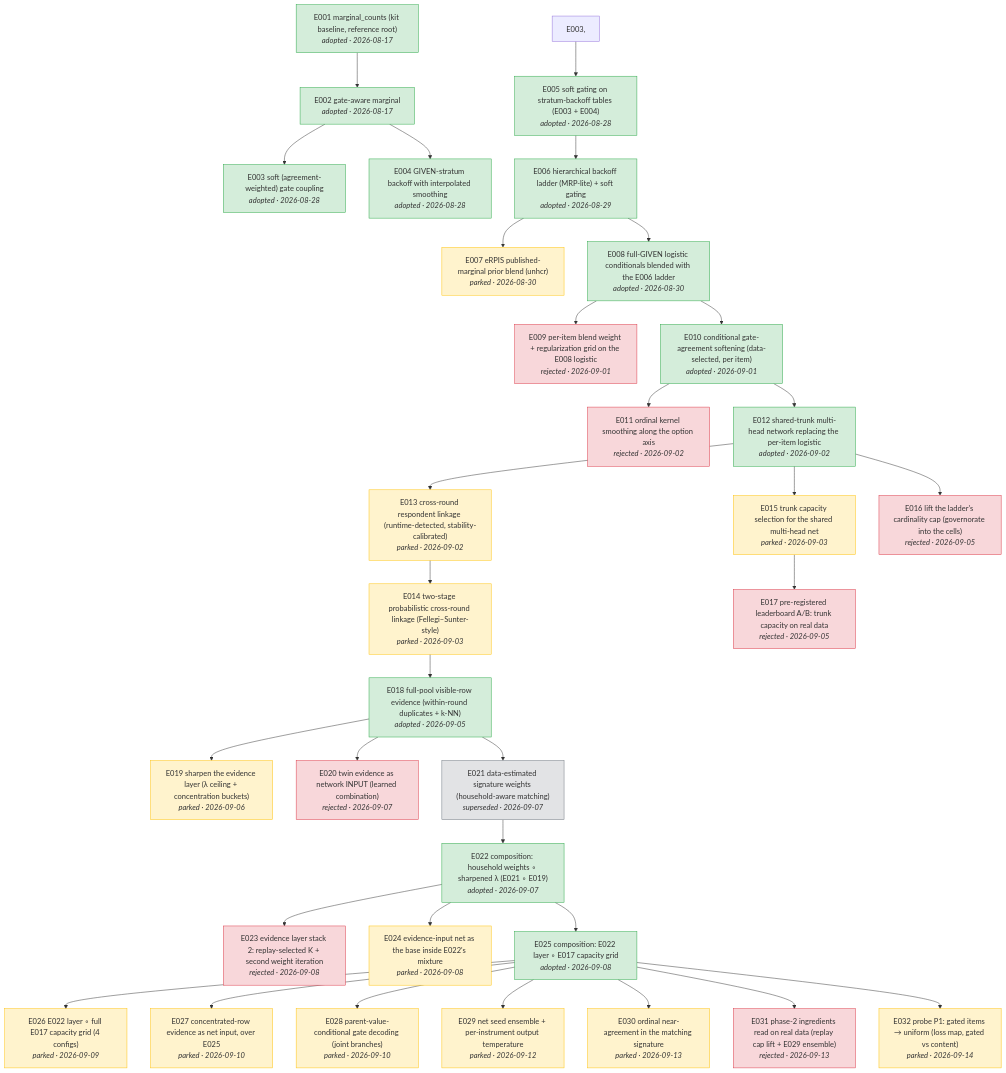
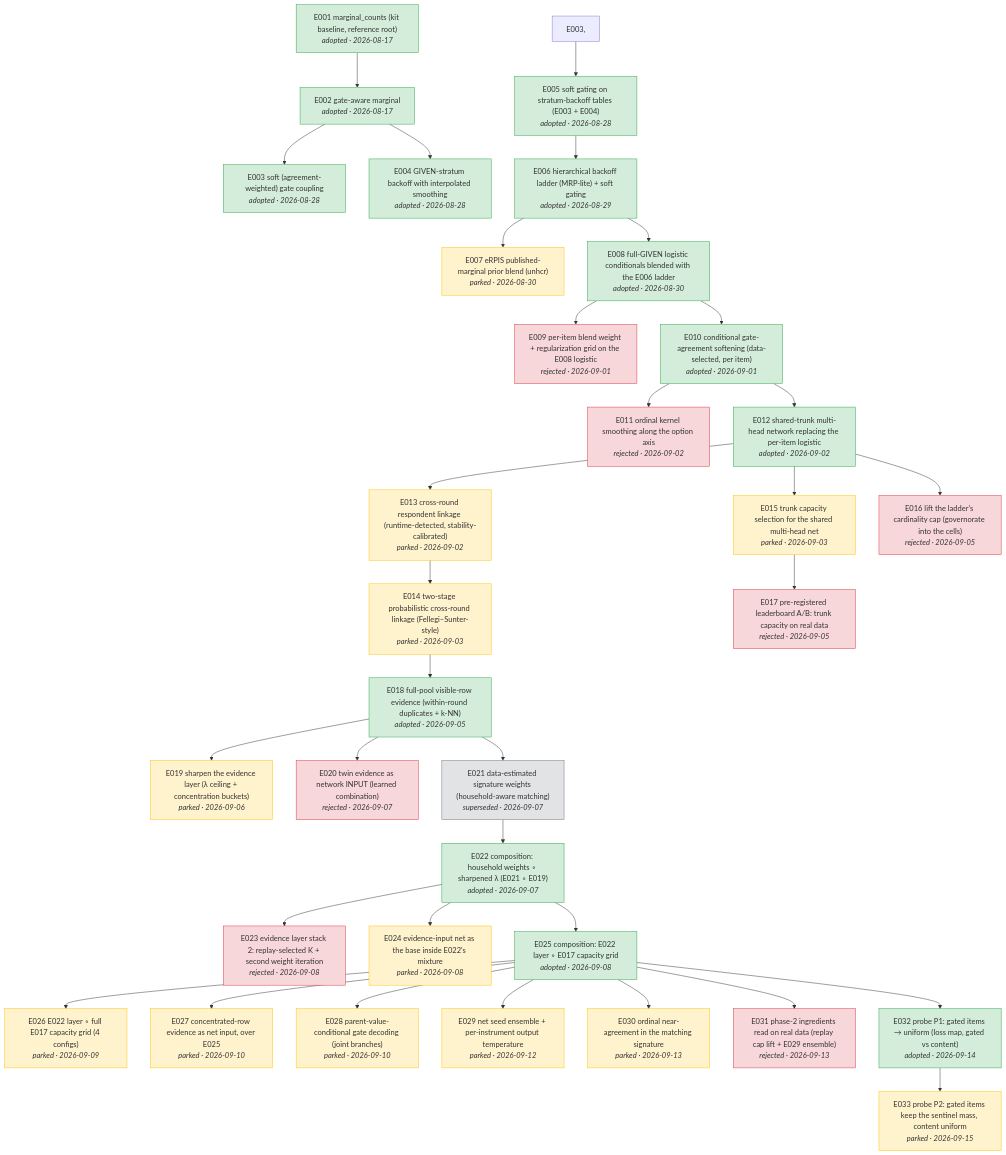
Before and after one commit to joon56/Simulacrabench-NeurIPS-2026-: the diagram in docs/tree.md, drawn with Mermaid. The commit also changed 8 other files, not shown here.

First line of the commit message:
E032 read: unhcr gated cells 0.892/cell = content 0.885 (gate cascade leaks); E033 probe P2 (sentinel kept, gated content uniform) packaged as submission #20

````diff
--- a/docs/tree.md
+++ b/docs/tree.md
@@ -5,74 +5,76 @@
 ```mermaid
 flowchart TD
     E001["E001 marginal_counts (kit baseline, reference root)<br/><i>adopted · 2026-08-17</i>"]
     E002["E002 gate-aware marginal<br/><i>adopted · 2026-08-17</i>"]
     E001 --> E002
     E003["E003 soft (agreement-weighted) gate coupling<br/><i>adopted · 2026-08-28</i>"]
     E002 --> E003
     E004["E004 GIVEN-stratum backoff with interpolated smoothing<br/><i>adopted · 2026-08-28</i>"]
     E002 --> E004
     E005["E005 soft gating on stratum-backoff tables (E003 + E004)<br/><i>adopted · 2026-08-28</i>"]
     E003, --> E005
     E006["E006 hierarchical backoff ladder (MRP-lite) + soft gating<br/><i>adopted · 2026-08-29</i>"]
     E005 --> E006
     E007["E007 eRPIS published-marginal prior blend (unhcr)<br/><i>parked · 2026-08-30</i>"]
     E006 --> E007
     E008["E008 full-GIVEN logistic conditionals blended with the E006 ladder<br/><i>adopted · 2026-08-30</i>"]
     E006 --> E008
     E009["E009 per-item blend weight + regularization grid on the E008 logistic<br/><i>rejected · 2026-09-01</i>"]
     E008 --> E009
     E010["E010 conditional gate-agreement softening (data-selected, per item)<br/><i>adopted · 2026-09-01</i>"]
     E008 --> E010
     E011["E011 ordinal kernel smoothing along the option axis<br/><i>rejected · 2026-09-02</i>"]
     E010 --> E011
     E012["E012 shared-trunk multi-head network replacing the per-item logistic<br/><i>adopted · 2026-09-02</i>"]
     E010 --> E012
     E013["E013 cross-round respondent linkage (runtime-detected, stability-calibrated)<br/><i>parked · 2026-09-02</i>"]
     E012 --> E013
     E014["E014 two-stage probabilistic cross-round linkage (Fellegi–Sunter-style)<br/><i>parked · 2026-09-03</i>"]
     E013 --> E014
     E015["E015 trunk capacity selection for the shared multi-head net<br/><i>parked · 2026-09-03</i>"]
     E012 --> E015
     E016["E016 lift the ladder's cardinality cap (governorate into the cells)<br/><i>rejected · 2026-09-05</i>"]
     E012 --> E016
     E017["E017 pre-registered leaderboard A/B: trunk capacity on real data<br/><i>rejected · 2026-09-05</i>"]
     E015 --> E017
     E018["E018 full-pool visible-row evidence (within-round duplicates + k-NN)<br/><i>adopted · 2026-09-05</i>"]
     E014 --> E018
     E019["E019 sharpen the evidence layer (λ ceiling + concentration buckets)<br/><i>parked · 2026-09-06</i>"]
     E018 --> E019
     E020["E020 twin evidence as network INPUT (learned combination)<br/><i>rejected · 2026-09-07</i>"]
     E018 --> E020
     E021["E021 data-estimated signature weights (household-aware matching)<br/><i>superseded · 2026-09-07</i>"]
     E018 --> E021
     E022["E022 composition: household weights ∘ sharpened λ (E021 ∘ E019)<br/><i>adopted · 2026-09-07</i>"]
     E021 --> E022
     E023["E023 evidence layer stack 2: replay-selected K + second weight iteration<br/><i>rejected · 2026-09-08</i>"]
     E022 --> E023
     E024["E024 evidence-input net as the base inside E022's mixture<br/><i>parked · 2026-09-08</i>"]
     E022 --> E024
     E025["E025 composition: E022 layer ∘ E017 capacity grid<br/><i>adopted · 2026-09-08</i>"]
     E022 --> E025
     E026["E026 E022 layer ∘ full E017 capacity grid (4 configs)<br/><i>parked · 2026-09-09</i>"]
     E025 --> E026
     E027["E027 concentrated-row evidence as net input, over E025<br/><i>parked · 2026-09-10</i>"]
     E025 --> E027
     E028["E028 parent-value-conditional gate decoding (joint branches)<br/><i>parked · 2026-09-10</i>"]
     E025 --> E028
     E029["E029 net seed ensemble + per-instrument output temperature<br/><i>parked · 2026-09-12</i>"]
     E025 --> E029
     E030["E030 ordinal near-agreement in the matching signature<br/><i>parked · 2026-09-13</i>"]
     E025 --> E030
     E031["E031 phase-2 ingredients read on real data (replay cap lift + E029 ensemble)<br/><i>rejected · 2026-09-13</i>"]
     E025 --> E031
-    E032["E032 probe P1: gated items → uniform (loss map, gated vs content)<br/><i>parked · 2026-09-14</i>"]
+    E032["E032 probe P1: gated items → uniform (loss map, gated vs content)<br/><i>adopted · 2026-09-14</i>"]
     E025 --> E032
+    E033["E033 probe P2: gated items keep the sentinel mass, content uniform<br/><i>parked · 2026-09-15</i>"]
+    E032 --> E033
     classDef adopted fill:#d4edda,stroke:#28a745
-    class E001,E002,E003,E004,E005,E006,E008,E010,E012,E018,E022,E025 adopted
+    class E001,E002,E003,E004,E005,E006,E008,E010,E012,E018,E022,E025,E032 adopted
     classDef rejected fill:#f8d7da,stroke:#dc3545
     class E009,E011,E016,E017,E020,E023,E031 rejected
     classDef parked fill:#fff3cd,stroke:#ffc107
-    class E007,E013,E014,E015,E019,E024,E026,E027,E028,E029,E030,E032 parked
+    class E007,E013,E014,E015,E019,E024,E026,E027,E028,E029,E030,E033 parked
     classDef superseded fill:#e2e3e5,stroke:#6c757d
     class E021 superseded
 ```
````
